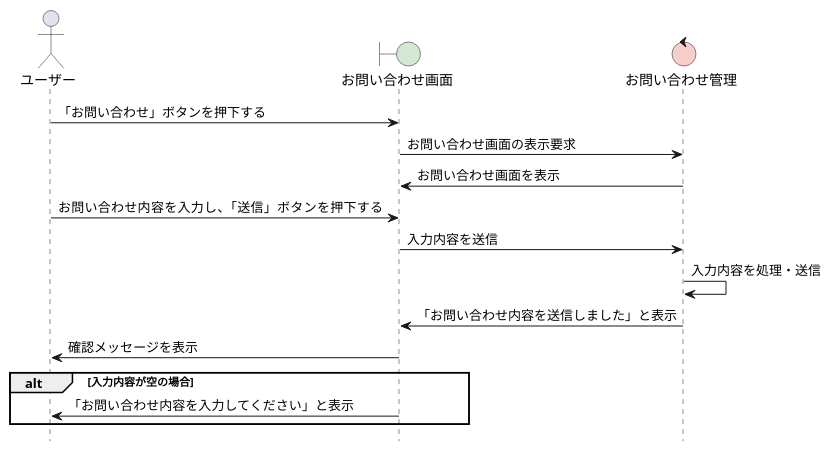
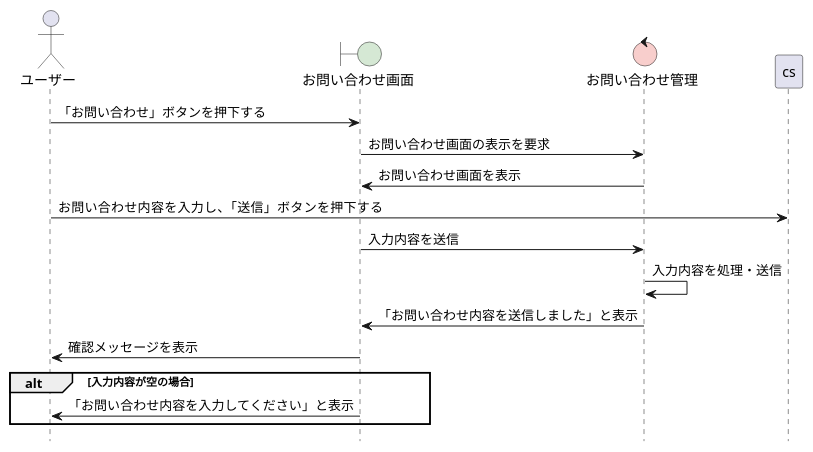
The diagram in group/graduation_work/sequence02_inquiry.pu (sugimoto0804/o-hara_uml), drawn with PlantUML before and after one commit. The commit also changed 1 other file, not shown here.

```diff
--- a/group/graduation_work/sequence02_inquiry.pu
+++ b/group/graduation_work/sequence02_inquiry.pu
@@ -1,24 +1,24 @@
 @startuml お問い合わせシーケンス図
 hide footbox
 
 skinparam boundaryBackgroundColor #D5E8D4
 skinparam controlBackgroundColor  #F8CECC
 actor ユーザー
-boundary "お問い合わせ画面" as cs 
-control "お問い合わせ管理" as im
+boundary "お問い合わせ画面" as b1 
+control "お問い合わせ管理" as c1
 
-ユーザー -> cs : 「お問い合わせ」ボタンを押下する
-cs -> im : お問い合わせ画面の表示要求
-im -> cs : お問い合わせ画面を表示
+ユーザー -> b1 : 「お問い合わせ」ボタンを押下する
+b1 -> c1 : お問い合わせ画面の表示を要求
+c1 -> b1 : お問い合わせ画面を表示
 
 ユーザー -> cs : お問い合わせ内容を入力し、「送信」ボタンを押下する
-cs -> im : 入力内容を送信
-im -> im : 入力内容を処理・送信
-im -> cs : 「お問い合わせ内容を送信しました」と表示
-cs -> ユーザー : 確認メッセージを表示
+b1 -> c1 : 入力内容を送信
+c1 -> c1 : 入力内容を処理・送信
+c1 -> b1 : 「お問い合わせ内容を送信しました」と表示
+b1 -> ユーザー : 確認メッセージを表示
 
 alt 入力内容が空の場合
-    cs -> ユーザー : 「お問い合わせ内容を入力してください」と表示
+    b1 -> ユーザー : 「お問い合わせ内容を入力してください」と表示
 end
 
 @enduml
```
